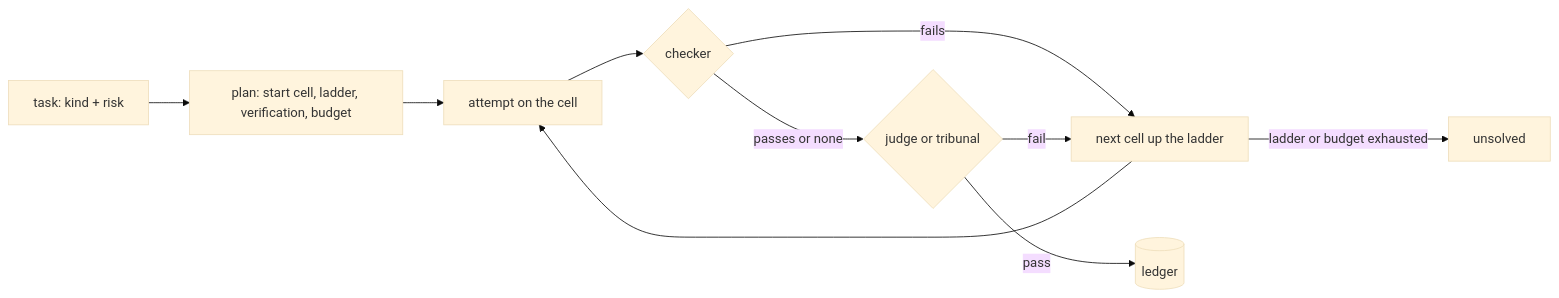
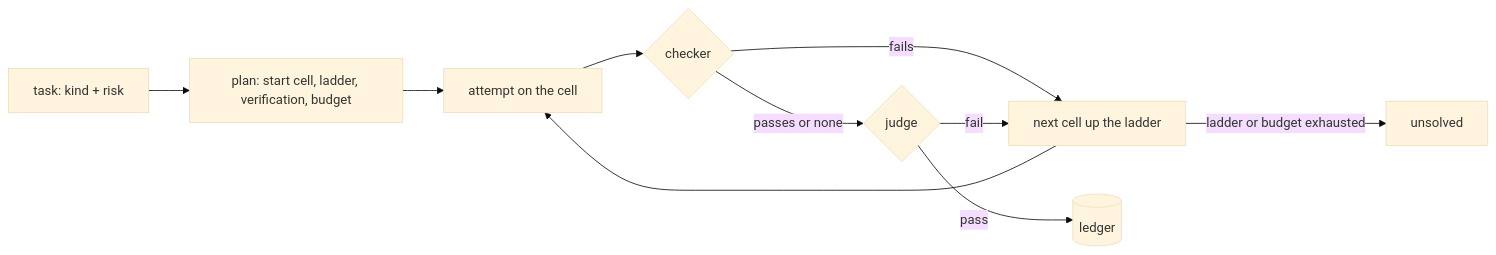
The first of 2 diagrams in README.md (dcamunas/model-router), drawn with Mermaid (base theme) before and after one commit. The commit also changed other lines of this file and 4 other files, not shown here.

````diff
--- a/README.md
+++ b/README.md
@@ -38,12 +28,12 @@
 ```mermaid
 flowchart LR
   T[task: kind + risk] --> P[plan: start cell, ladder, verification, budget]
   P --> A[attempt on the cell]
   A --> C{checker}
   C -- fails --> N[next cell up the ladder]
-  C -- passes or none --> J{judge or tribunal}
+  C -- passes or none --> J{judge}
   J -- pass --> L[(ledger)]
   J -- fail --> N
   N --> A
   N -- ladder or budget exhausted --> U[unsolved]
 ```
````
